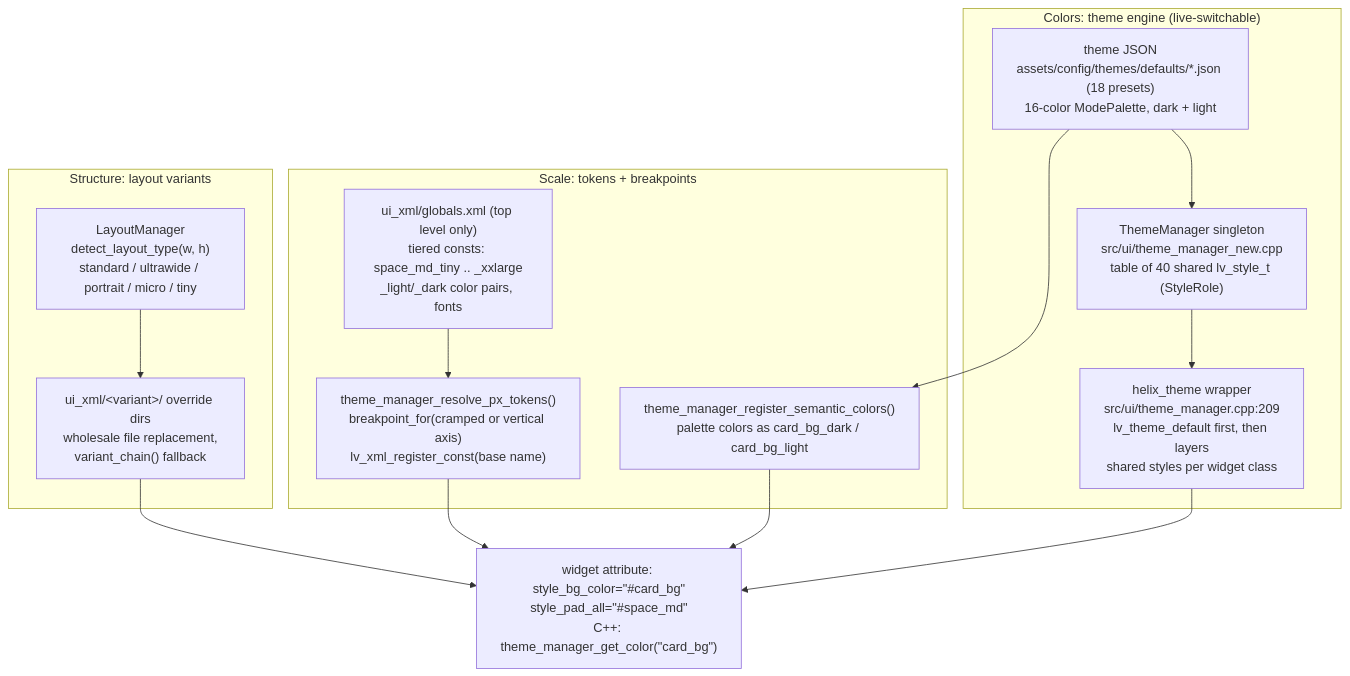
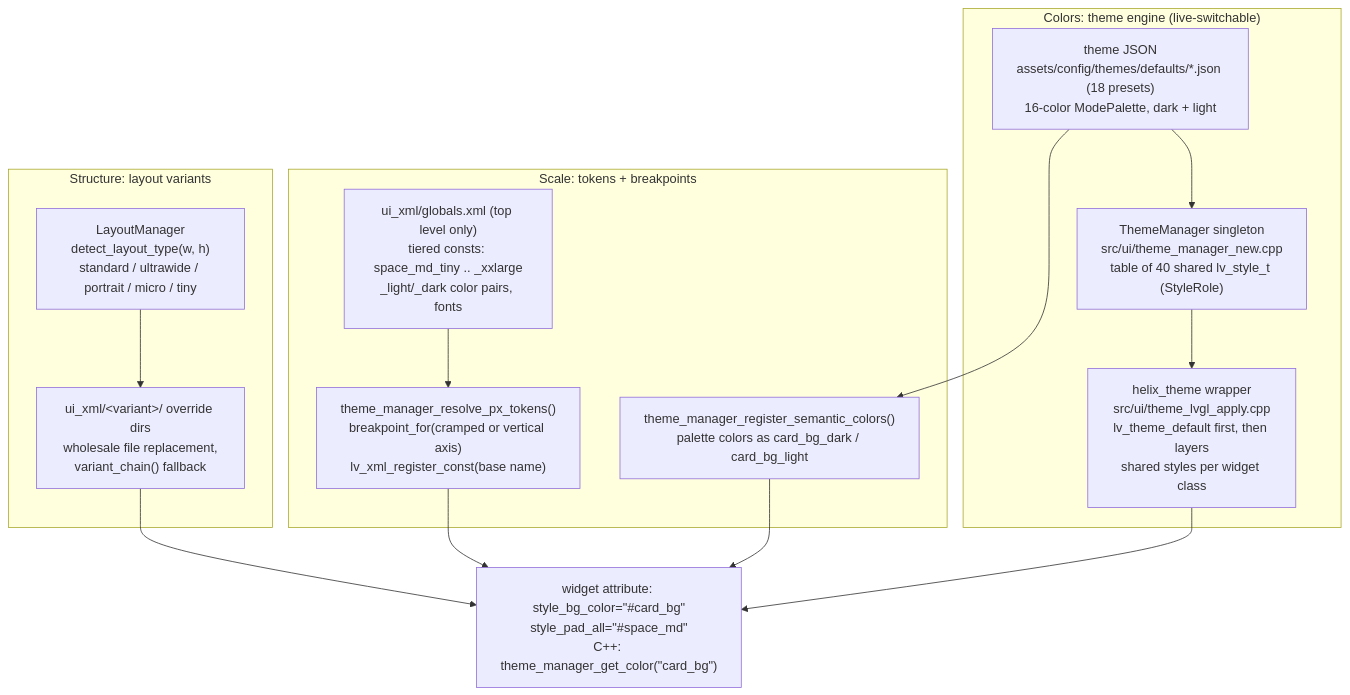
One commit to bluekiller/helixscreen changed the diagram in docs/devel/architecture/10-theme-tokens-layout.md. Above: the diagram before and after it, drawn with Mermaid. The commit also changed other lines of this file and 3 other files, not shown here.

Commit message:
docs(theme): point the theme docs at the split theme_*.cpp files

````diff
--- a/docs/devel/architecture/10-theme-tokens-layout.md
+++ b/docs/devel/architecture/10-theme-tokens-layout.md
@@ -19,26 +19,26 @@
 ```mermaid
 flowchart TB
     subgraph COLORS["Colors: theme engine (live-switchable)"]
         TJSON["theme JSON<br/>assets/config/themes/defaults/*.json (18 presets)<br/>16-color ModePalette, dark + light"]
         TM["ThemeManager singleton<br/>src/ui/theme_manager_new.cpp<br/>table of 40 shared lv_style_t (StyleRole)"]
-        WRAP["helix_theme wrapper<br/>src/ui/theme_manager.cpp:209<br/>lv_theme_default first, then layers<br/>shared styles per widget class"]
+        WRAP["helix_theme wrapper<br/>src/ui/theme_lvgl_apply.cpp<br/>lv_theme_default first, then layers<br/>shared styles per widget class"]
         TJSON --> TM --> WRAP
     end
     subgraph SCALE["Scale: tokens + breakpoints"]
         GXML["ui_xml/globals.xml (top level only)<br/>tiered consts: space_md_tiny .. _xxlarge<br/>_light/_dark color pairs, fonts"]
         RES["theme_manager_resolve_px_tokens()<br/>breakpoint_for(cramped or vertical axis)<br/>lv_xml_register_const(base name)"]
         GXML --> RES
         SEM["theme_manager_register_semantic_colors()<br/>palette colors as card_bg_dark / card_bg_light"]
         TJSON --> SEM
     end
     subgraph STRUCT["Structure: layout variants"]
         LM["LayoutManager<br/>detect_layout_type(w, h)<br/>standard / ultrawide / portrait / micro / tiny"]
         VD["ui_xml/&lt;variant&gt;/ override dirs<br/>wholesale file replacement,<br/>variant_chain() fallback"]
         LM --> VD
     end
     USE["widget attribute: style_bg_color=&quot;#card_bg&quot;<br/>style_pad_all=&quot;#space_md&quot;<br/>C++: theme_manager_get_color(&quot;card_bg&quot;)"]
     WRAP --> USE
     RES --> USE
     SEM --> USE
     VD --> USE
 ```
````
